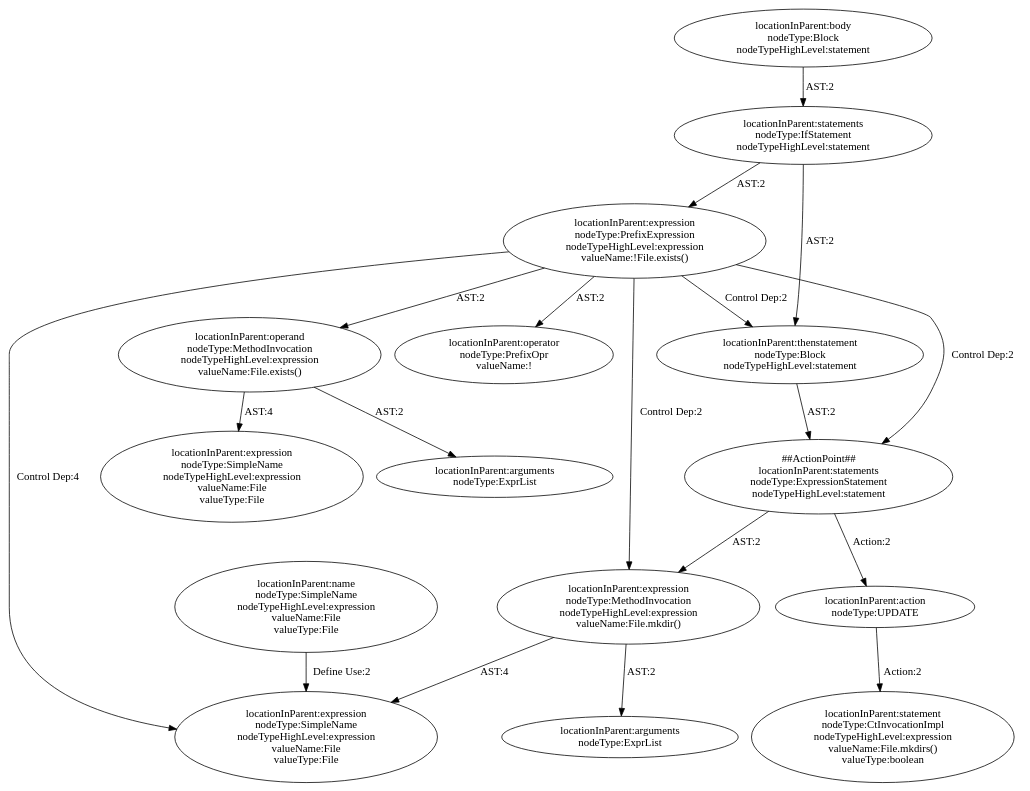
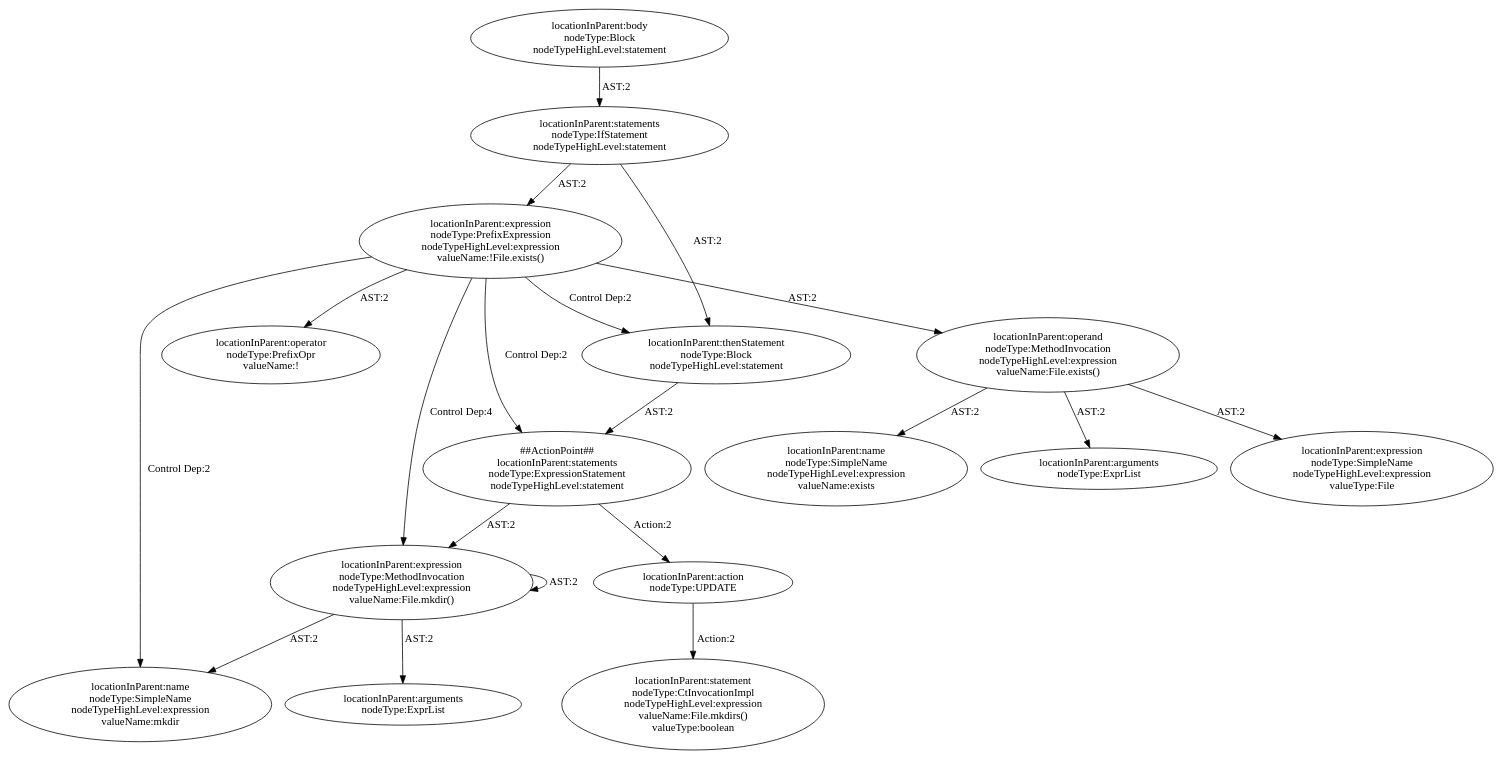
The diagram in codegraph/out/pattern74-75_abstract.dot (ssmingz/FixGen), drawn with Graphviz before and after one commit. The commit also changed 12 other files, not shown here.

```diff
--- a/codegraph/out/pattern74-75_abstract.dot
+++ b/codegraph/out/pattern74-75_abstract.dot
@@ -1,35 +1,36 @@
 digraph "Pattern" {
 0 [label="##ActionPoint##\nlocationInParent:statements\nnodeType:ExpressionStatement\nnodeTypeHighLevel:statement" shape=ellipse]
 1 [label="locationInParent:expression\nnodeType:PrefixExpression\nnodeTypeHighLevel:expression\nvalueName:!File.exists()" shape=ellipse]
-2 [label="locationInParent:thenstatement\nnodeType:Block\nnodeTypeHighLevel:statement" shape=ellipse]
+2 [label="locationInParent:thenStatement\nnodeType:Block\nnodeTypeHighLevel:statement" shape=ellipse]
 3 [label="locationInParent:expression\nnodeType:MethodInvocation\nnodeTypeHighLevel:expression\nvalueName:File.mkdir()" shape=ellipse]
 4 [label="locationInParent:action\nnodeType:UPDATE" shape=ellipse]
 5 [label="locationInParent:statements\nnodeType:IfStatement\nnodeTypeHighLevel:statement" shape=ellipse]
 6 [label="locationInParent:operand\nnodeType:MethodInvocation\nnodeTypeHighLevel:expression\nvalueName:File.exists()" shape=ellipse]
 7 [label="locationInParent:operator\nnodeType:PrefixOpr\nvalueName:!" shape=ellipse]
-8 [label="locationInParent:expression\nnodeType:SimpleName\nnodeTypeHighLevel:expression\nvalueName:File\nvalueType:File" shape=ellipse]
+8 [label="locationInParent:name\nnodeType:SimpleName\nnodeTypeHighLevel:expression\nvalueName:mkdir" shape=ellipse]
 9 [label="locationInParent:body\nnodeType:Block\nnodeTypeHighLevel:statement" shape=ellipse]
-10 [label="locationInParent:expression\nnodeType:SimpleName\nnodeTypeHighLevel:expression\nvalueName:File\nvalueType:File" shape=ellipse]
-11 [label="locationInParent:arguments\nnodeType:ExprList" shape=ellipse]
-12 [label="locationInParent:name\nnodeType:SimpleName\nnodeTypeHighLevel:expression\nvalueName:File\nvalueType:File" shape=ellipse]
+10 [label="locationInParent:expression\nnodeType:SimpleName\nnodeTypeHighLevel:expression\nvalueType:File" shape=ellipse]
+11 [label="locationInParent:name\nnodeType:SimpleName\nnodeTypeHighLevel:expression\nvalueName:exists" shape=ellipse]
+12 [label="locationInParent:arguments\nnodeType:ExprList" shape=ellipse]
 13 [label="locationInParent:arguments\nnodeType:ExprList" shape=ellipse]
 14 [label="locationInParent:statement\nnodeType:CtInvocationImpl\nnodeTypeHighLevel:expression\nvalueName:File.mkdirs()\nvalueType:boolean" shape=ellipse]
 0 -> 3 [label="AST:2"];
 0 -> 4 [label="Action:2"];
 1 -> 0 [label="Control Dep:2"];
 1 -> 6 [label="AST:2"];
 1 -> 7 [label="AST:2"];
 1 -> 2 [label="Control Dep:2"];
-1 -> 3 [label="Control Dep:2"];
-1 -> 8 [label="Control Dep:4"];
+1 -> 3 [label="Control Dep:4"];
+1 -> 8 [label="Control Dep:2"];
 2 -> 0 [label="AST:2"];
-3 -> 8 [label="AST:4"];
+3 -> 3 [label="AST:2"];
+3 -> 8 [label="AST:2"];
 3 -> 13 [label="AST:2"];
 4 -> 14 [label="Action:2"];
 5 -> 1 [label="AST:2"];
 5 -> 2 [label="AST:2"];
-6 -> 10 [label="AST:4"];
+6 -> 10 [label="AST:2"];
 6 -> 11 [label="AST:2"];
+6 -> 12 [label="AST:2"];
 9 -> 5 [label="AST:2"];
-12 -> 8 [label="Define Use:2"];
 }
```
